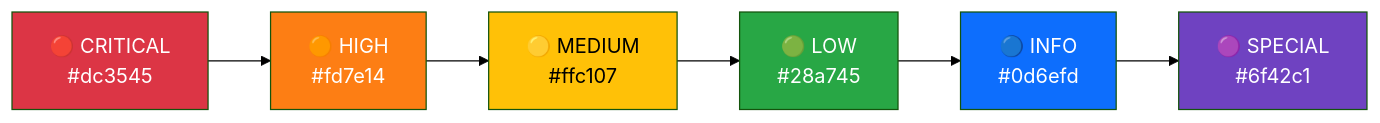
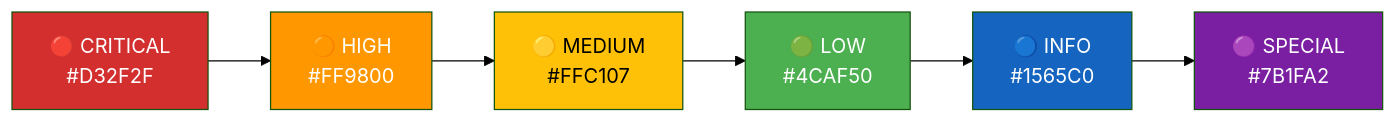
One commit to Hack23/riksdagsmonitor changed the third of 11 diagrams in analysis/methodologies/ai-driven-analysis-guide.md. Above: the diagram before and after it, drawn with Mermaid (forest theme). The commit also changed other lines of this file and 14 other files, not shown here.

First line of the commit message:
Align analysis/ mermaid diagrams with ISMS Style Guide palette and convert SWOT to quadrantChart

````diff
--- a/analysis/methodologies/ai-driven-analysis-guide.md
+++ b/analysis/methodologies/ai-driven-analysis-guide.md
@@ -541,15 +541,15 @@
 ```mermaid
 graph LR
-    A["🔴 CRITICAL<br/>#dc3545"] --> B["🟠 HIGH<br/>#fd7e14"]
-    B --> C["🟡 MEDIUM<br/>#ffc107"]
-    C --> D["🟢 LOW<br/>#28a745"]
-    D --> E["🔵 INFO<br/>#0d6efd"]
-    E --> F["🟣 SPECIAL<br/>#6f42c1"]
+    A["🔴 CRITICAL<br/>#D32F2F"] --> B["🟠 HIGH<br/>#FF9800"]
+    B --> C["🟡 MEDIUM<br/>#FFC107"]
+    C --> D["🟢 LOW<br/>#4CAF50"]
+    D --> E["🔵 INFO<br/>#1565C0"]
+    E --> F["🟣 SPECIAL<br/>#7B1FA2"]
     
-    style A fill:#dc3545,color:#fff
-    style B fill:#fd7e14,color:#fff
-    style C fill:#ffc107,color:#000
-    style D fill:#28a745,color:#fff
-    style E fill:#0d6efd,color:#fff
-    style F fill:#6f42c1,color:#fff
+    style A fill:#D32F2F,color:#FFFFFF
+    style B fill:#FF9800,color:#FFFFFF
+    style C fill:#FFC107,color:#000000
+    style D fill:#4CAF50,color:#FFFFFF
+    style E fill:#1565C0,color:#FFFFFF
+    style F fill:#7B1FA2,color:#FFFFFF
 ```
````
